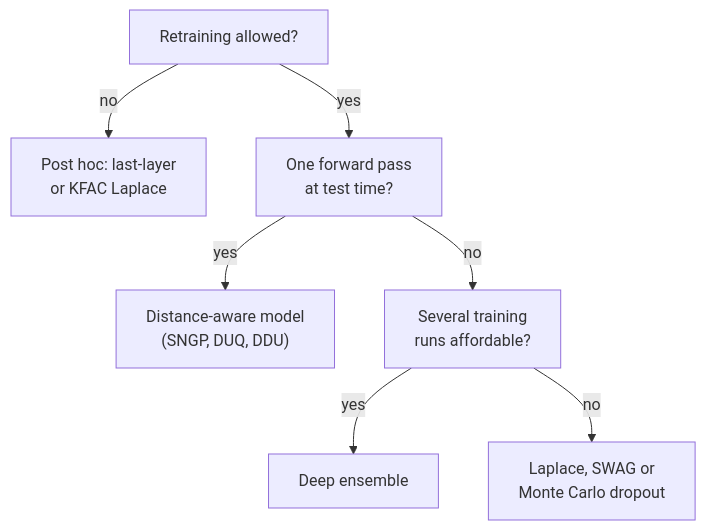
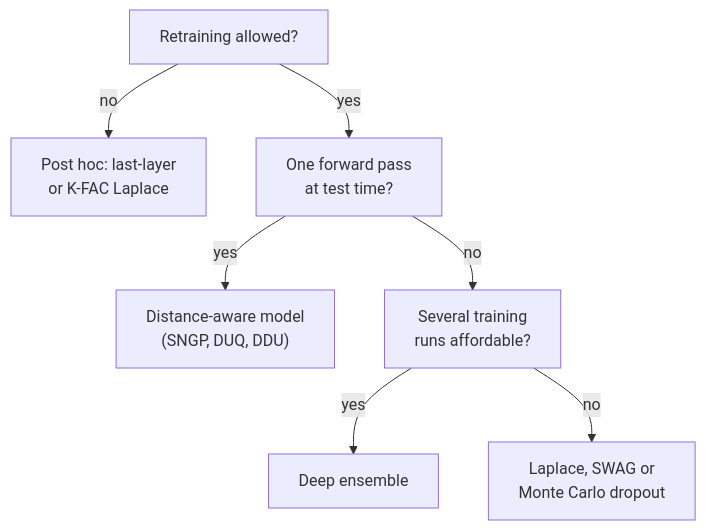
Before and after one commit to acrr-asia/acrr: the diagram in src/content/blog/scaling-bayesian-deep-learning.mdx, drawn with Mermaid. The commit also changed other lines of this file and 3 other files, not shown here.

````diff
--- a/src/content/blog/scaling-bayesian-deep-learning.mdx
+++ b/src/content/blog/scaling-bayesian-deep-learning.mdx
@@ -258,9 +258,9 @@
 ```mermaid
 flowchart TD
-    A["Retraining allowed?"] -->|no| B["Post hoc: last-layer<br/>or KFAC Laplace"]
+    A["Retraining allowed?"] -->|no| B["Post hoc: last-layer<br/>or K-FAC Laplace"]
     A -->|yes| C["One forward pass<br/>at test time?"]
     C -->|yes| D["Distance-aware model<br/>(SNGP, DUQ, DDU)"]
     C -->|no| E["Several training<br/>runs affordable?"]
     E -->|yes| F["Deep ensemble"]
     E -->|no| G["Laplace, SWAG or<br/>Monte Carlo dropout"]
 ```
````
